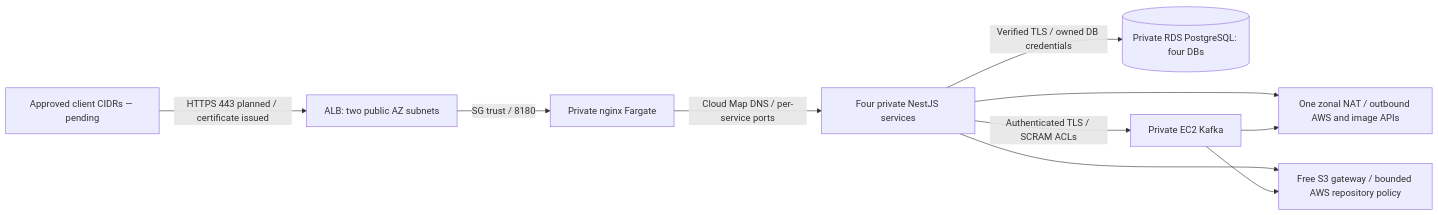
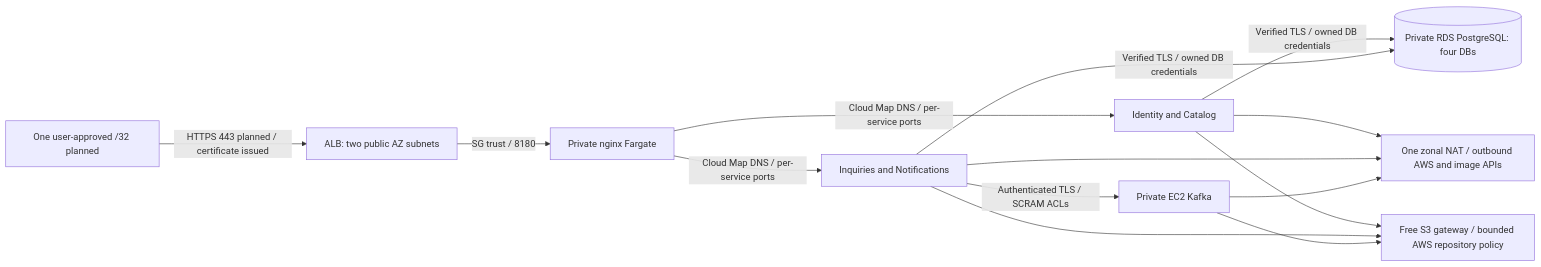
Before and after one commit to robertovalencia/linked-in-node-and-aws: the diagram in docs/aws-ecs-dev.md, drawn with Mermaid. The commit also changed other lines of this file and 20 other files, not shown here.

````diff
--- a/docs/aws-ecs-dev.md
+++ b/docs/aws-ecs-dev.md
@@ -9,10 +11,11 @@
 ```mermaid
 flowchart LR
-  C[Approved client CIDRs — pending] -->|HTTPS 443 planned / certificate issued| A[ALB: two public AZ subnets]
+  CLIENT[One user-approved /32 planned] -->|HTTPS 443 planned / certificate issued| A[ALB: two public AZ subnets]
   A -->|SG trust / 8180| F[Private nginx Fargate]
-  F -->|Cloud Map DNS / per-service ports| S[Four private NestJS services]
-  S -->|Verified TLS / owned DB credentials| D[(Private RDS PostgreSQL: four DBs)]
-  S -->|Authenticated TLS / SCRAM ACLs| K[Private EC2 Kafka]
-  S & K --> N[One zonal NAT / outbound AWS and image APIs]
-  S & K --> G[Free S3 gateway / bounded AWS repository policy]
+  F -->|Cloud Map DNS / per-service ports| IC[Identity and Catalog]
+  F -->|Cloud Map DNS / per-service ports| I[Inquiries and Notifications]
+  IC & I -->|Verified TLS / owned DB credentials| D[(Private RDS PostgreSQL: four DBs)]
+  I -->|Authenticated TLS / SCRAM ACLs| K[Private EC2 Kafka]
+  IC & I & K --> N[One zonal NAT / outbound AWS and image APIs]
+  IC & I & K --> G[Free S3 gateway / bounded AWS repository policy]
 ```
````
